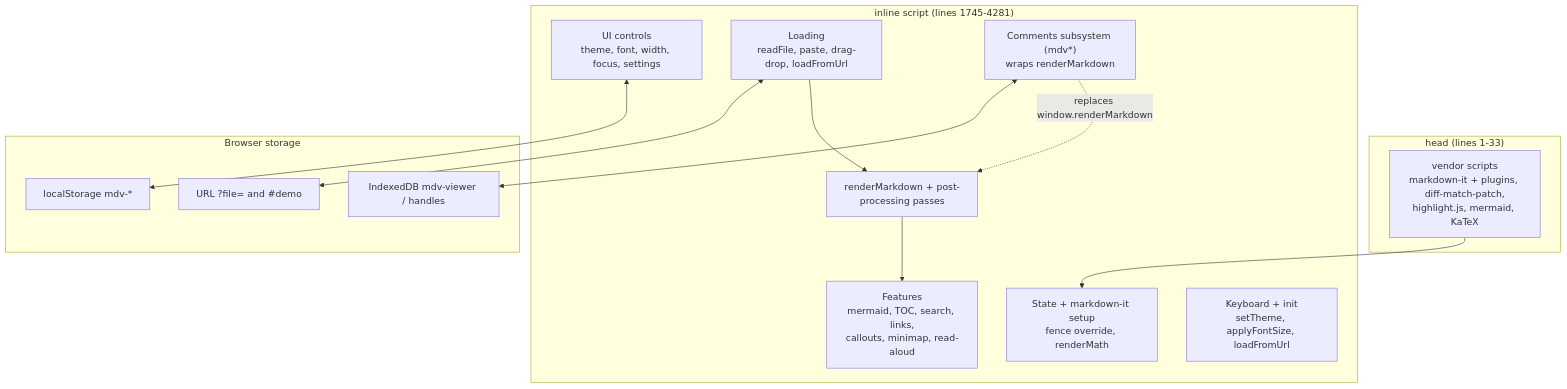
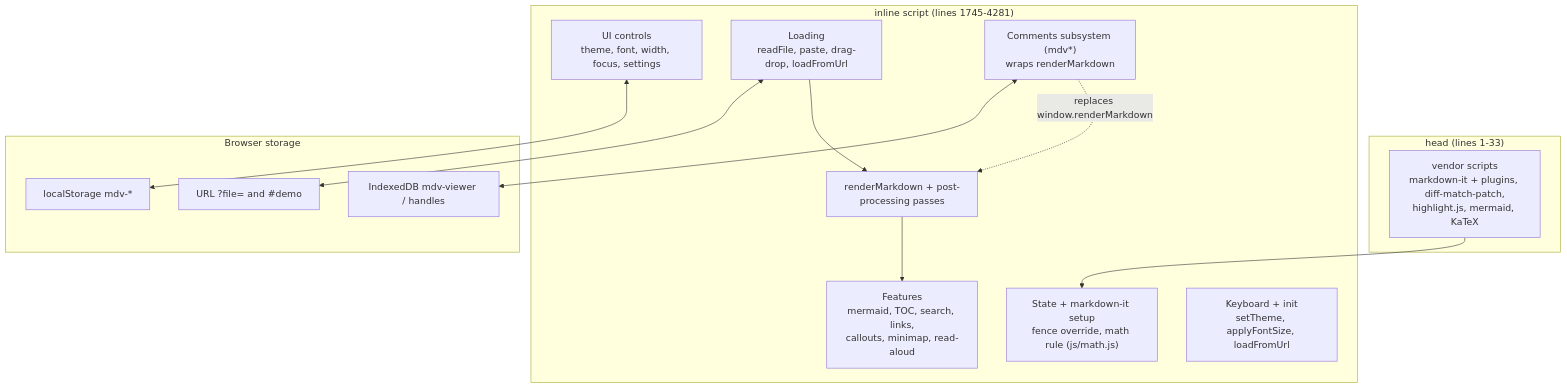
One commit to vikrantb/kites-markdown changed the first of 2 diagrams in docs/architecture.md. Above: the diagram before and after it, drawn with Mermaid. The commit also changed other lines of this file and 38 other files, not shown here.

First line of the commit message:
fix(visuals): every theme gets a designed reading surface, and diagrams that follow it (#8)

````diff
--- a/docs/architecture.md
+++ b/docs/architecture.md
@@ -48,27 +48,27 @@
 ```mermaid
 flowchart TD
     subgraph HEAD["head (lines 1-33)"]
         V["vendor scripts<br/>markdown-it + plugins, diff-match-patch,<br/>highlight.js, mermaid, KaTeX"]
     end
     subgraph SCRIPT["inline script (lines 1745-4281)"]
-        S1["State + markdown-it setup<br/>fence override, renderMath"]
+        S1["State + markdown-it setup<br/>fence override, math rule (js/math.js)"]
         S2["UI controls<br/>theme, font, width, focus, settings"]
         S3["Loading<br/>readFile, paste, drag-drop, loadFromUrl"]
         S4["renderMarkdown + post-processing passes"]
         S5["Features<br/>mermaid, TOC, search, links,<br/>callouts, minimap, read-aloud"]
         S6["Keyboard + init<br/>setTheme, applyFontSize, loadFromUrl"]
         S7["Comments subsystem (mdv*)<br/>wraps renderMarkdown"]
     end
     subgraph STORE["Browser storage"]
         LS["localStorage mdv-*"]
         IDB["IndexedDB mdv-viewer / handles"]
         URL["URL ?file= and #demo"]
     end
     V --> S1
     S3 --> S4
     S4 --> S5
     S7 -. "replaces window.renderMarkdown" .-> S4
     S2 <--> LS
     S3 <--> URL
     S7 <--> IDB
 ```
````
